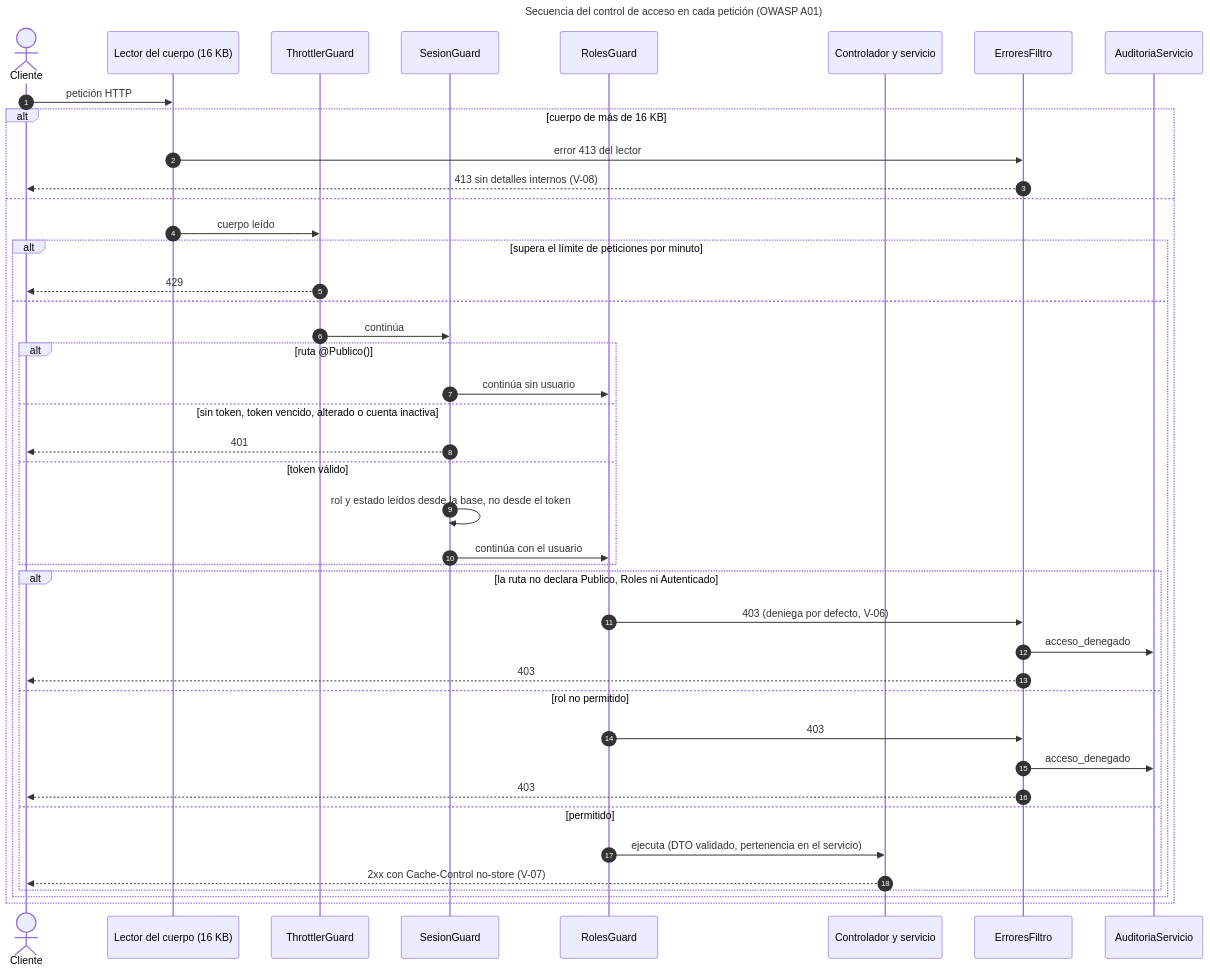
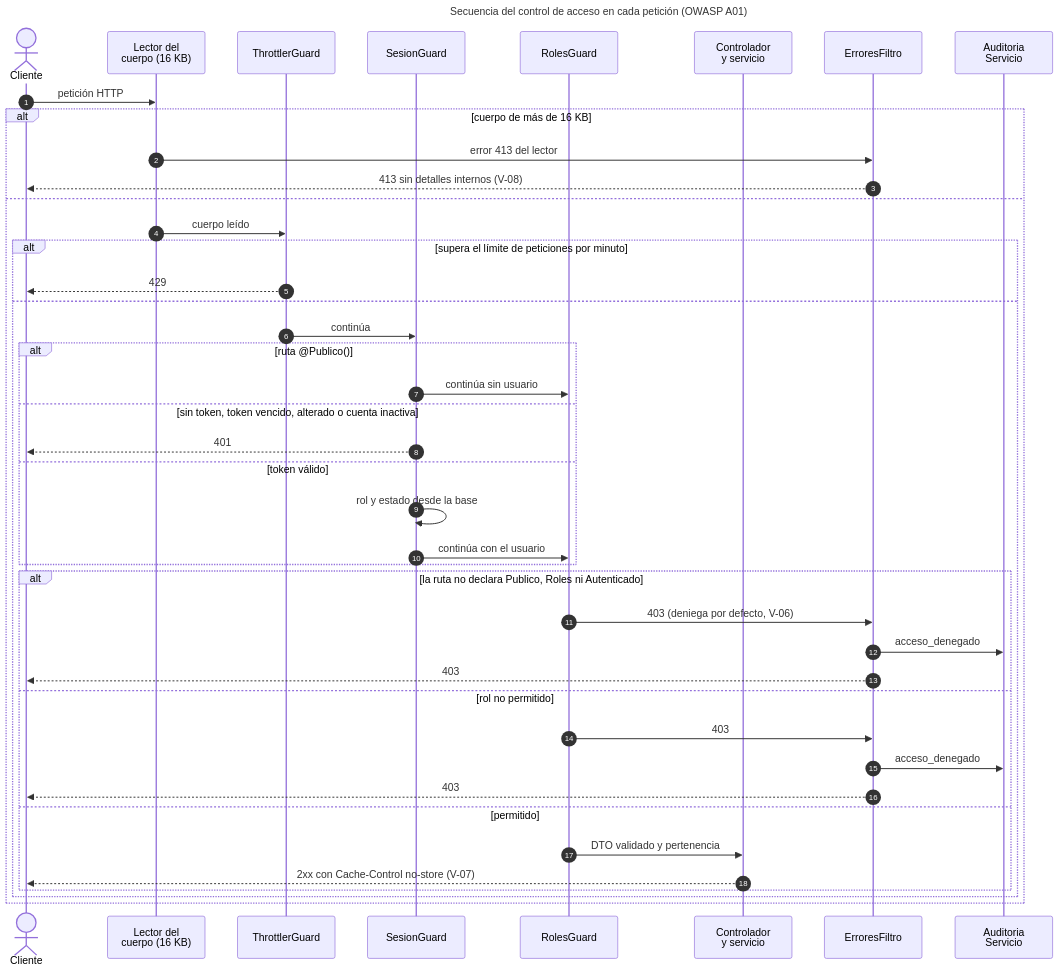
The diagram in docs/uml/13-secuencia-control-acceso.mmd (bejota64/colectivos), drawn with Mermaid before and after one commit. The commit also changed 7 other files, not shown here.

Commit message:
Informe de la Eva 4 y diagramas UML mas legibles

```diff
--- a/docs/uml/13-secuencia-control-acceso.mmd
+++ b/docs/uml/13-secuencia-control-acceso.mmd
@@ -1,46 +1,46 @@
 ---
 title: Secuencia del control de acceso en cada petición (OWASP A01)
 ---
 sequenceDiagram
   autonumber
   actor U as Cliente
-  participant B as Lector del cuerpo (16 KB)
+  participant B as Lector del<br/>cuerpo (16 KB)
   participant T as ThrottlerGuard
   participant SG as SesionGuard
   participant RG as RolesGuard
-  participant H as Controlador y servicio
+  participant H as Controlador<br/>y servicio
   participant F as ErroresFiltro
-  participant A as AuditoriaServicio
+  participant A as Auditoria<br/>Servicio
 
   U->>B: petición HTTP
   alt cuerpo de más de 16 KB
     B->>F: error 413 del lector
     F-->>U: 413 sin detalles internos (V-08)
   else
     B->>T: cuerpo leído
     alt supera el límite de peticiones por minuto
       T-->>U: 429
     else
       T->>SG: continúa
       alt ruta @Publico()
         SG->>RG: continúa sin usuario
       else sin token, token vencido, alterado o cuenta inactiva
         SG-->>U: 401
       else token válido
-        SG->>SG: rol y estado leídos desde la base, no desde el token
+        SG->>SG: rol y estado desde la base
         SG->>RG: continúa con el usuario
       end
       alt la ruta no declara Publico, Roles ni Autenticado
         RG->>F: 403 (deniega por defecto, V-06)
         F->>A: acceso_denegado
         F-->>U: 403
       else rol no permitido
         RG->>F: 403
         F->>A: acceso_denegado
         F-->>U: 403
       else permitido
-        RG->>H: ejecuta (DTO validado, pertenencia en el servicio)
+        RG->>H: DTO validado y pertenencia
         H-->>U: 2xx con Cache-Control no-store (V-07)
       end
     end
   end
```
